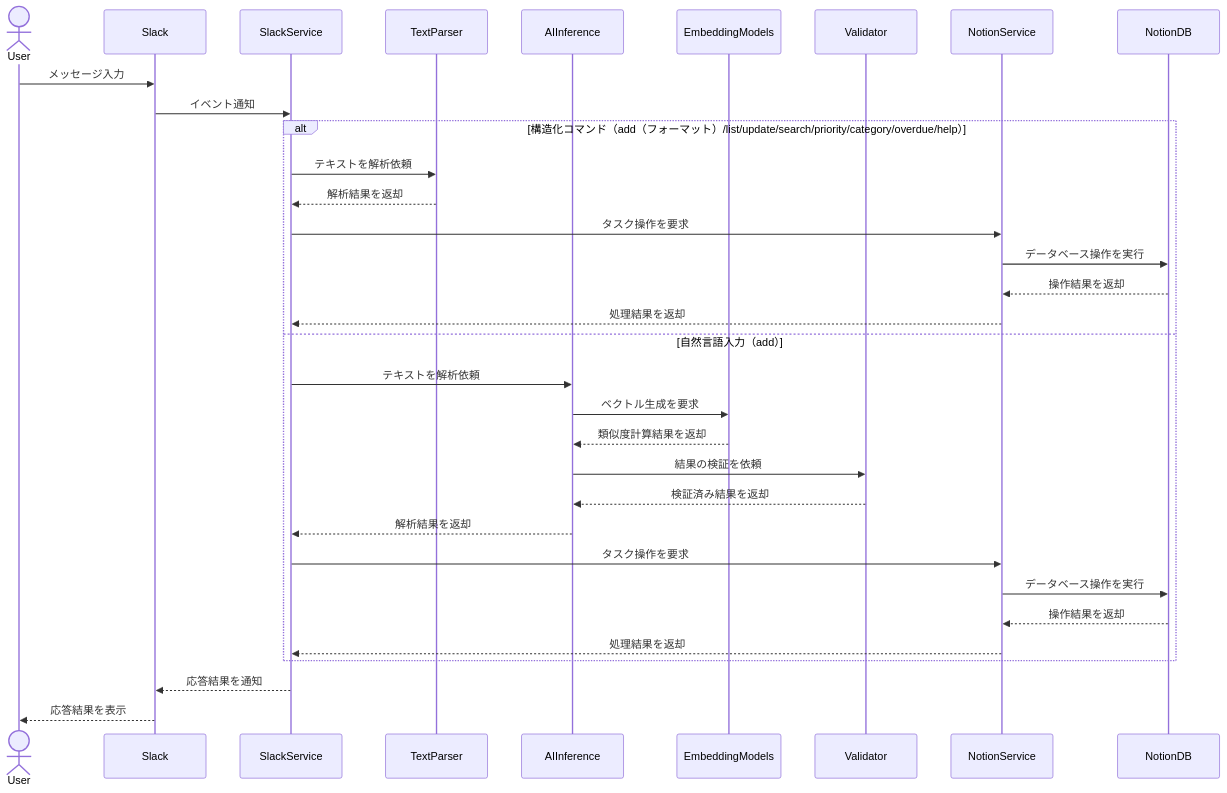
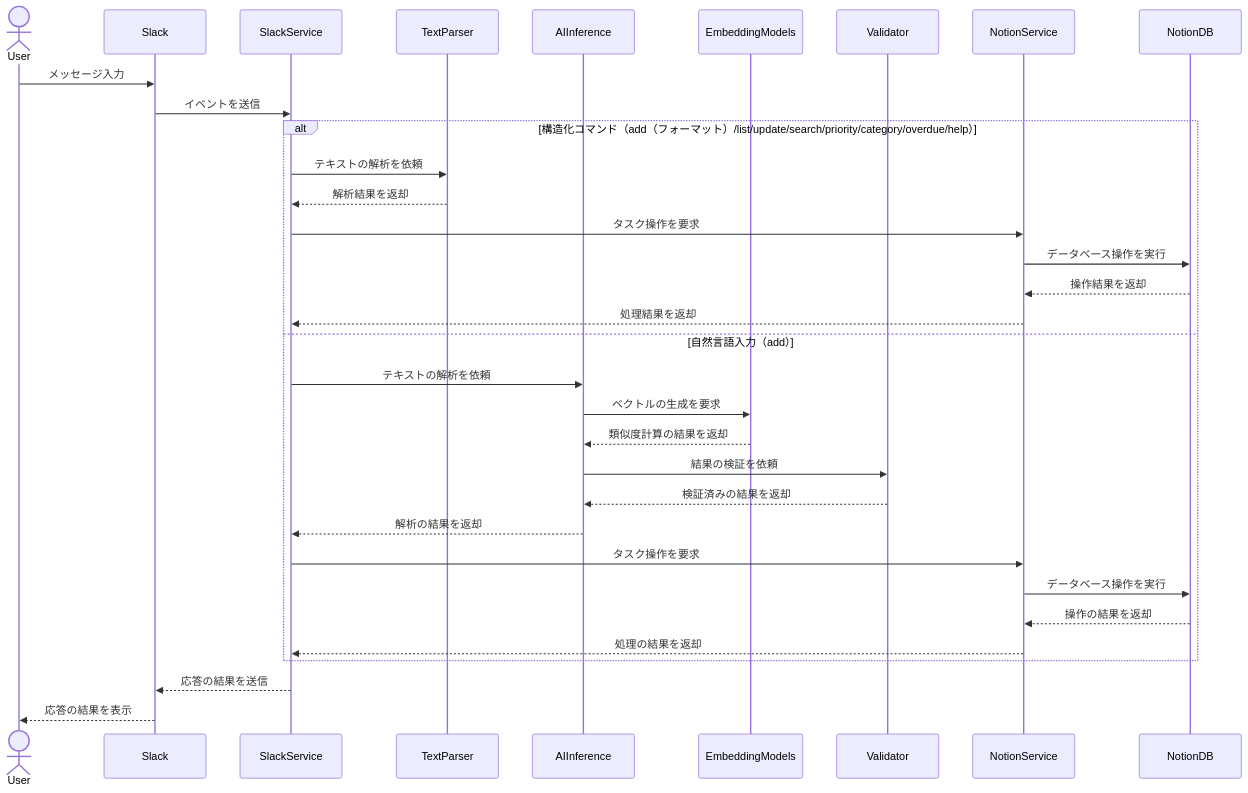
One commit to YL08140921/Task-Manager-for-Slack-bot changed the third of 3 diagrams in docs/システム概要.md. Above: the diagram before and after it, drawn with Mermaid.

Commit message:
システム概要のdocs-修正

````diff
--- a/docs/システム概要.md
+++ b/docs/システム概要.md
@@ -145,38 +145,38 @@
 ```mermaid
 sequenceDiagram
     actor User
     participant Slack
     participant SS as SlackService
     participant TP as TextParser
     participant AI as AIInference
     participant EM as EmbeddingModels
     participant Val as Validator
     participant NS as NotionService
     participant Notion as NotionDB
 
     User->>Slack: メッセージ入力
-    Slack->>SS: イベント通知
+    Slack->>SS: イベントを送信
 
     alt 構造化コマンド（add（フォーマット）/list/update/search/priority/category/overdue/help）
-        SS->>TP: テキストを解析依頼
+        SS->>TP: テキストの解析を依頼
         TP-->>SS: 解析結果を返却
         SS->>NS: タスク操作を要求
         NS->>Notion: データベース操作を実行
         Notion-->>NS: 操作結果を返却
         NS-->>SS: 処理結果を返却
     else 自然言語入力（add）
-        SS->>AI: テキストを解析依頼
-        AI->>EM: ベクトル生成を要求
-        EM-->>AI: 類似度計算結果を返却
+        SS->>AI: テキストの解析を依頼
+        AI->>EM: ベクトルの生成を要求
+        EM-->>AI: 類似度計算の結果を返却
         AI->>Val: 結果の検証を依頼
-        Val-->>AI: 検証済み結果を返却
-        AI-->>SS: 解析結果を返却
+        Val-->>AI: 検証済みの結果を返却
+        AI-->>SS: 解析の結果を返却
         SS->>NS: タスク操作を要求
         NS->>Notion: データベース操作を実行
-        Notion-->>NS: 操作結果を返却
-        NS-->>SS: 処理結果を返却
+        Notion-->>NS: 操作の結果を返却
+        NS-->>SS: 処理の結果を返却
     end
 
-    SS-->>Slack: 応答結果を通知
-    Slack-->>User: 応答結果を表示
+    SS-->>Slack: 応答の結果を送信
+    Slack-->>User: 応答の結果を表示
 ```
````
